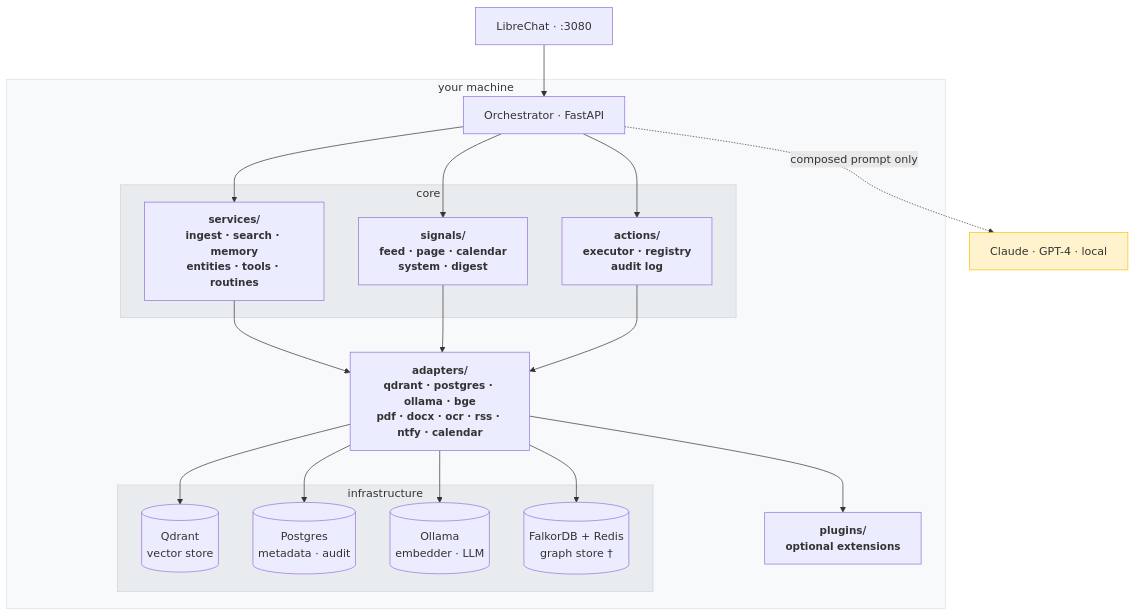
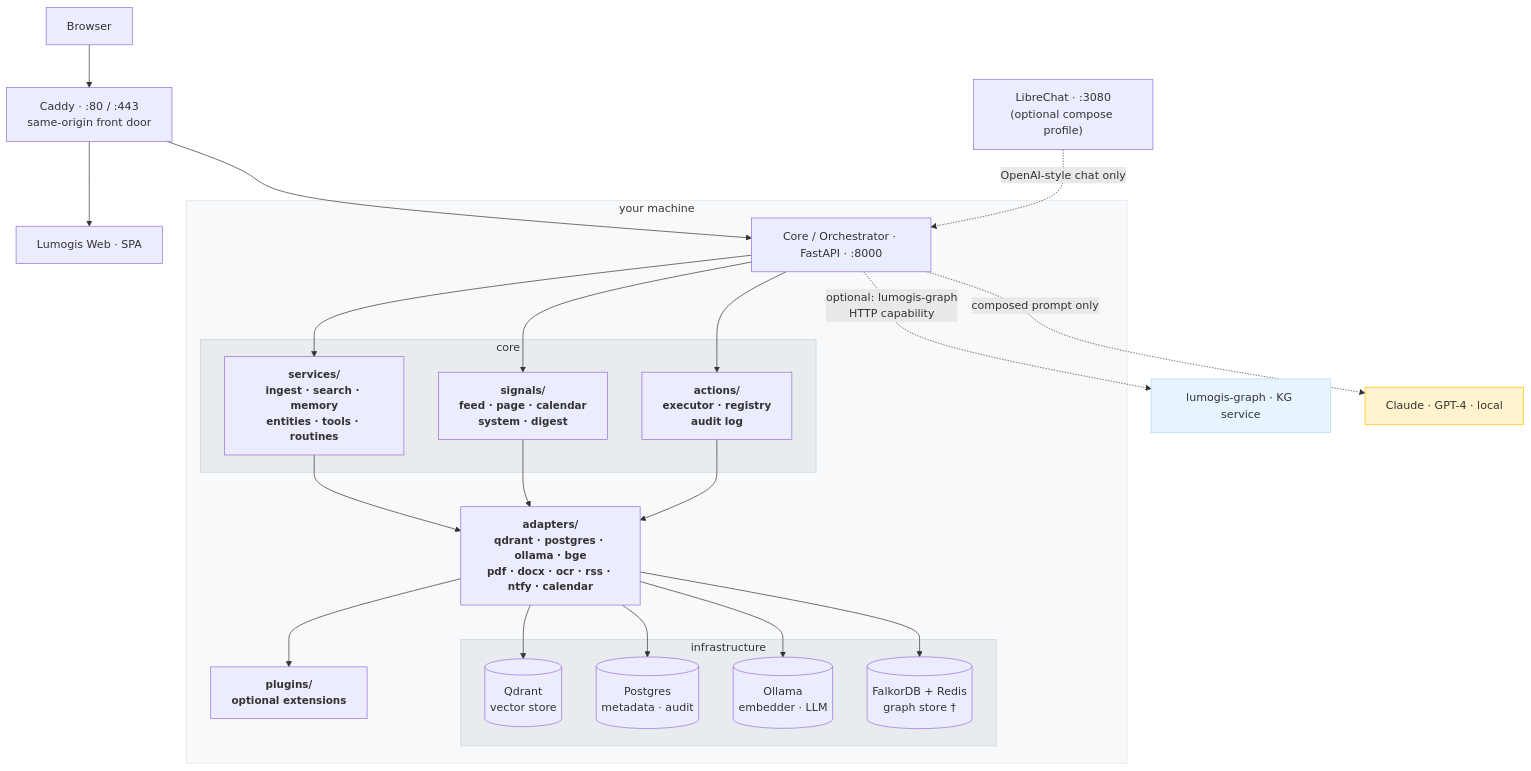
Before and after one commit to lumogis/lumogis: the diagram in README.md, drawn with Mermaid. The commit also changed other lines of this file and 15 other files, not shown here.

````diff
--- a/README.md
+++ b/README.md
@@ -98,39 +100,49 @@
 ```mermaid
 flowchart TB
-    LC["LibreChat · :3080"] --> ORC
+    BR["Browser"]
+    CADDY["Caddy · :80 / :443\nsame-origin front door"]
+    WEB["Lumogis Web · SPA"]
+
+    BR --> CADDY
+    CADDY --> WEB
+    CADDY --> ORC
+
+    LC["LibreChat · :3080\n(optional compose profile)"] -. "OpenAI-style chat only" .-> ORC
 
     subgraph machine["your machine"]
-        ORC["Orchestrator · FastAPI"]
+        ORC["Core / Orchestrator · FastAPI · :8000"]
 
         subgraph core["core"]
             SVC["services/\ningest · search · memory\nentities · tools · routines"]
             SIG["signals/\nfeed · page · calendar\nsystem · digest"]
             ACT["actions/\nexecutor · registry\naudit log"]
         end
 
         ADP["adapters/\nqdrant · postgres · ollama · bge\npdf · docx · ocr · rss · ntfy · calendar"]
         PLG["plugins/\noptional extensions"]
 
         subgraph stores["infrastructure"]
             QDR[("Qdrant\nvector store")]
             PG[("Postgres\nmetadata · audit")]
             OLL[("Ollama\nembedder · LLM")]
             FLK[("FalkorDB + Redis\ngraph store †")]
         end
 
         ORC --> SVC & SIG & ACT
         SVC & SIG & ACT --> ADP
         ADP --> PLG
         ADP --> QDR & PG & OLL & FLK
     end
 
+    ORC -. "optional: lumogis-graph\nHTTP capability" .-> KGSVC["lumogis-graph · KG service"]
     ORC -. "composed prompt only" .-> EXT["Claude · GPT-4 · local"]
 
     style machine fill:#f8f9fa,stroke:#dee2e6
     style stores fill:#e9ecef,stroke:#ced4da
     style core fill:#e9ecef,stroke:#ced4da
     style EXT fill:#fff3cd,stroke:#ffc107
+    style KGSVC fill:#e7f3ff,stroke:#b6d4fe
 
     classDef concept font-weight:bold,font-size:15px
     class SVC,SIG,ACT,ADP,PLG concept
 ```
````
